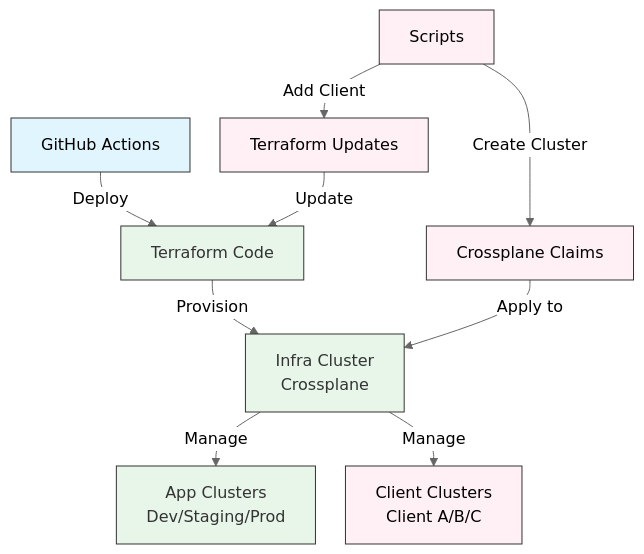
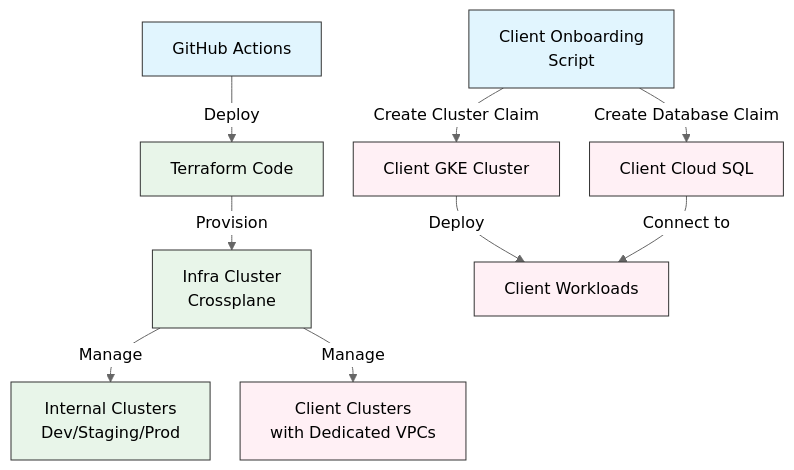
One commit to Mdaftab/infra-Platform-for-B2B changed the third of 3 diagrams in README.md. Above: the diagram before and after it, drawn with Mermaid. The commit also changed other lines of this file and 4 other files, not shown here.

Commit message:
feat: Update README and scripts for dedicated GKE cluster setup, enhancing client onboarding process and architecture clarity

````diff
--- a/README.md
+++ b/README.md
@@ -71,22 +128,24 @@
 ```mermaid
 %%{init: {'theme': 'neutral', 'flowchart': { 'curve': 'basis', 'nodeSpacing': 30, 'rankSpacing': 30 }}}%%
 flowchart TD
     A[GitHub Actions] -->|Deploy| B[Terraform Code]
     B -->|Provision| C[Infra Cluster<br>Crossplane]
-    C -->|Manage| D[App Clusters<br>Dev/Staging/Prod]
-    C -->|Manage| E[Client Clusters<br>Client A/B/C]
     
-    F[Scripts] -->|Add Client| G[Terraform Updates]
-    F -->|Create Cluster| H[Crossplane Claims]
-    G -->|Update| B
-    H -->|Apply to| C
+    C -->|Manage| D[Internal Clusters<br>Dev/Staging/Prod]
+    C -->|Manage| E[Client Clusters<br>with Dedicated VPCs]
+    
+    F[Client Onboarding<br>Script] -->|Create Cluster Claim| G[Client GKE Cluster]
+    F -->|Create Database Claim| H[Client Cloud SQL]
+    
+    G -->|Deploy| I[Client Workloads]
+    H -->|Connect to| I
     
     classDef default fill:#f9f9f9,stroke:#333,stroke-width:1px;
     classDef action fill:#e1f5fe,stroke:#333,stroke-width:1px;
-    classDef cluster fill:#e8f5e9,stroke:#333,stroke-width:1px;
+    classDef infra fill:#e8f5e9,stroke:#333,stroke-width:1px;
     classDef client fill:#fff0f5,stroke:#333,stroke-width:1px;
     
-    class A action;
-    class B,C,D cluster;
-    class E,F,G,H client;
+    class A,F action;
+    class B,C,D infra;
+    class E,G,H,I client;
 ```
````
